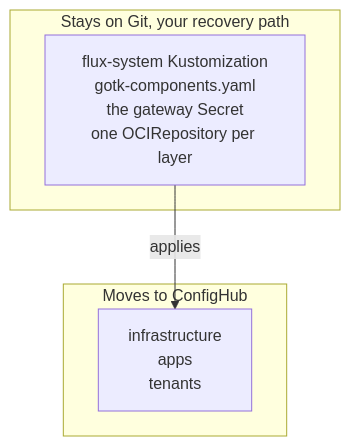
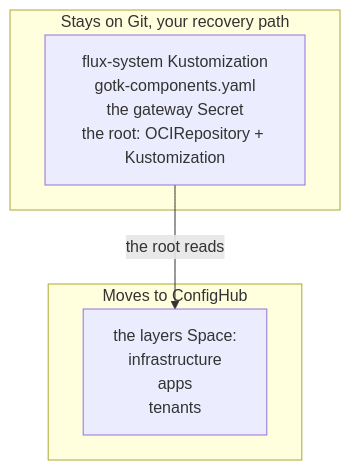
The tenth of 11 diagrams in cub-flux/docs/onboard-your-flux-fleet.md (confighub/examples), drawn with Mermaid before and after one commit. The commit also changed other lines of this file and 11 other files, not shown here.

First line of the commit message:
cub-flux: one root per cluster, one Unit per layer (Brian's points 1 and 2)

````diff
--- a/cub-flux/docs/onboard-your-flux-fleet.md
+++ b/cub-flux/docs/onboard-your-flux-fleet.md
@@ -394,10 +476,10 @@
 ```mermaid
 flowchart TB
   subgraph git["Stays on Git, your recovery path"]
-    fs["flux-system Kustomization<br/>gotk-components.yaml<br/>the gateway Secret<br/>one OCIRepository per layer"]
+    fs["flux-system Kustomization<br/>gotk-components.yaml<br/>the gateway Secret<br/>the root: OCIRepository + Kustomization"]
   end
   subgraph hub["Moves to ConfigHub"]
-    l["infrastructure<br/>apps<br/>tenants"]
+    l["the layers Space:<br/>infrastructure<br/>apps<br/>tenants"]
   end
-  fs -->|"applies"| l
+  fs -->|"the root reads"| l
 ```
````
